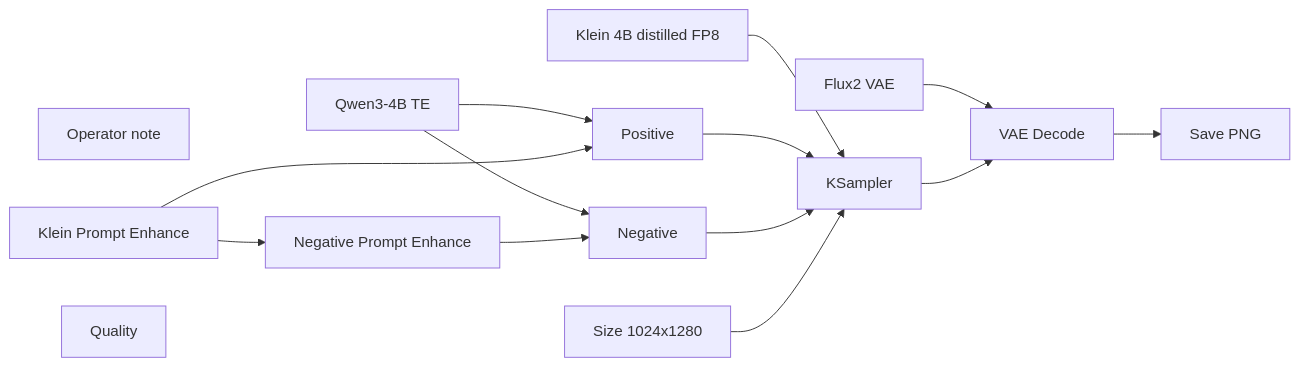
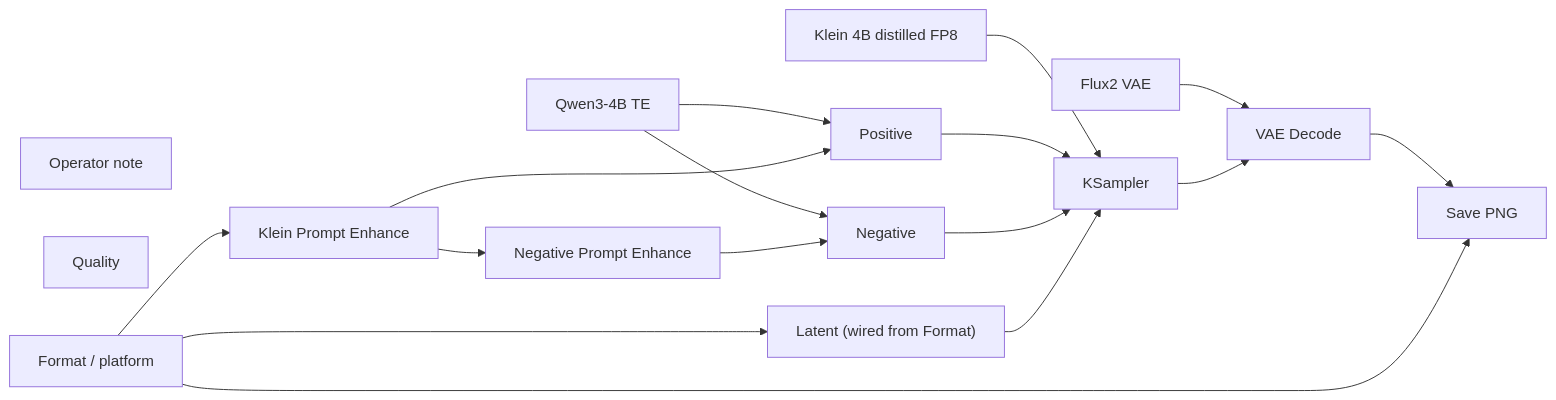
One commit to toxicoder/ez-comfy-stack changed the diagram in docs/generated/workflows/klein/creator/instagram-portrait.md. Above: the diagram before and after it, drawn with Mermaid. The commit also changed other lines of this file and 312 other files, not shown here.

First line of the commit message:
feat: Format / platform on Klein, Wan, and LTX Apps

````diff
--- a/docs/generated/workflows/klein/creator/instagram-portrait.md
+++ b/docs/generated/workflows/klein/creator/instagram-portrait.md
@@ -49,28 +51,32 @@
 ```mermaid
 flowchart LR
   N1["Klein 4B distilled FP8"]
   N2["Qwen3-4B TE"]
   N3["Flux2 VAE"]
   N4["Positive"]
   N5["Negative"]
-  N6["Size 1024x1280"]
+  N6["Latent (wired from Format)"]
   N7["KSampler"]
   N8["VAE Decode"]
   N9["Save PNG"]
   N10["Operator note"]
   N11["Klein Prompt Enhance"]
   N12["Negative Prompt Enhance"]
   N13["Quality"]
+  N14["Format / platform"]
   N1 --> N7
   N2 --> N4
   N2 --> N5
   N3 --> N8
   N4 --> N7
   N5 --> N7
   N6 --> N7
   N7 --> N8
   N8 --> N9
   N11 --> N4
   N11 --> N12
   N12 --> N5
+  N14 --> N6
+  N14 --> N11
+  N14 --> N9
 ```
````
